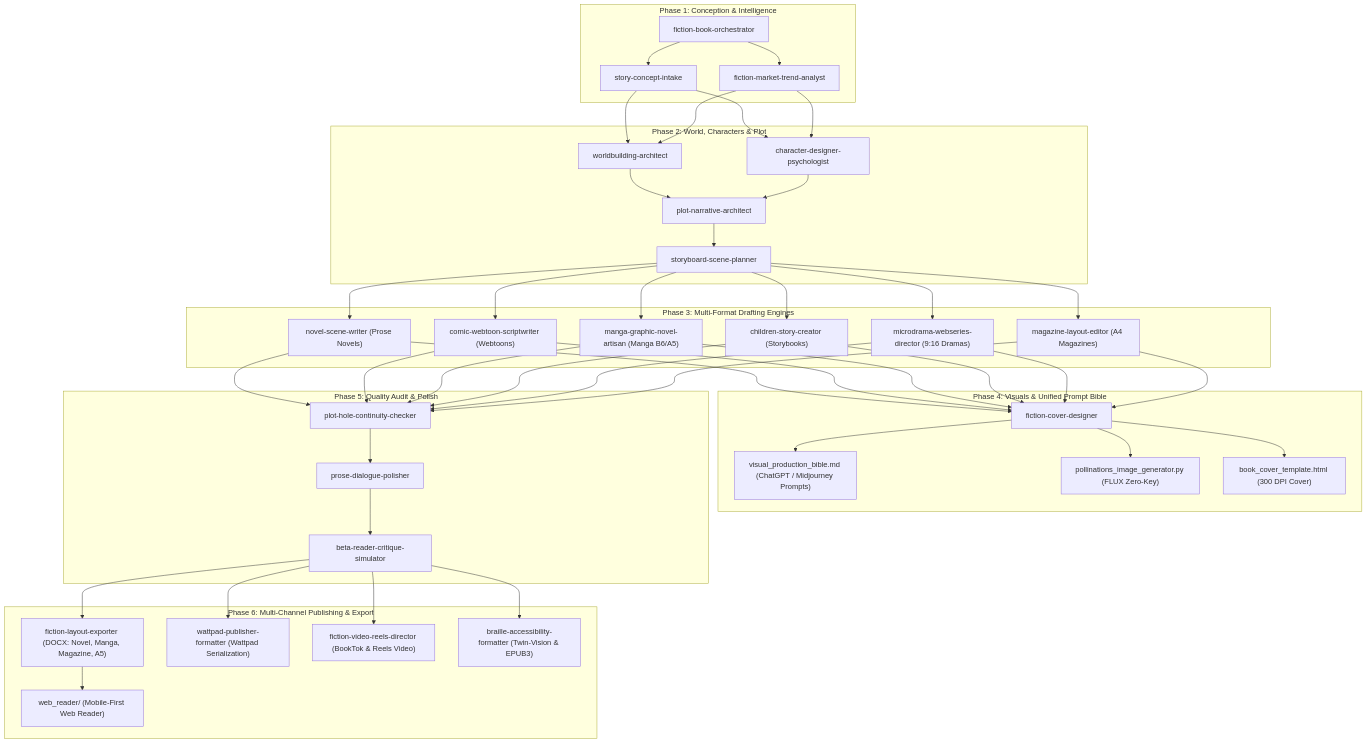
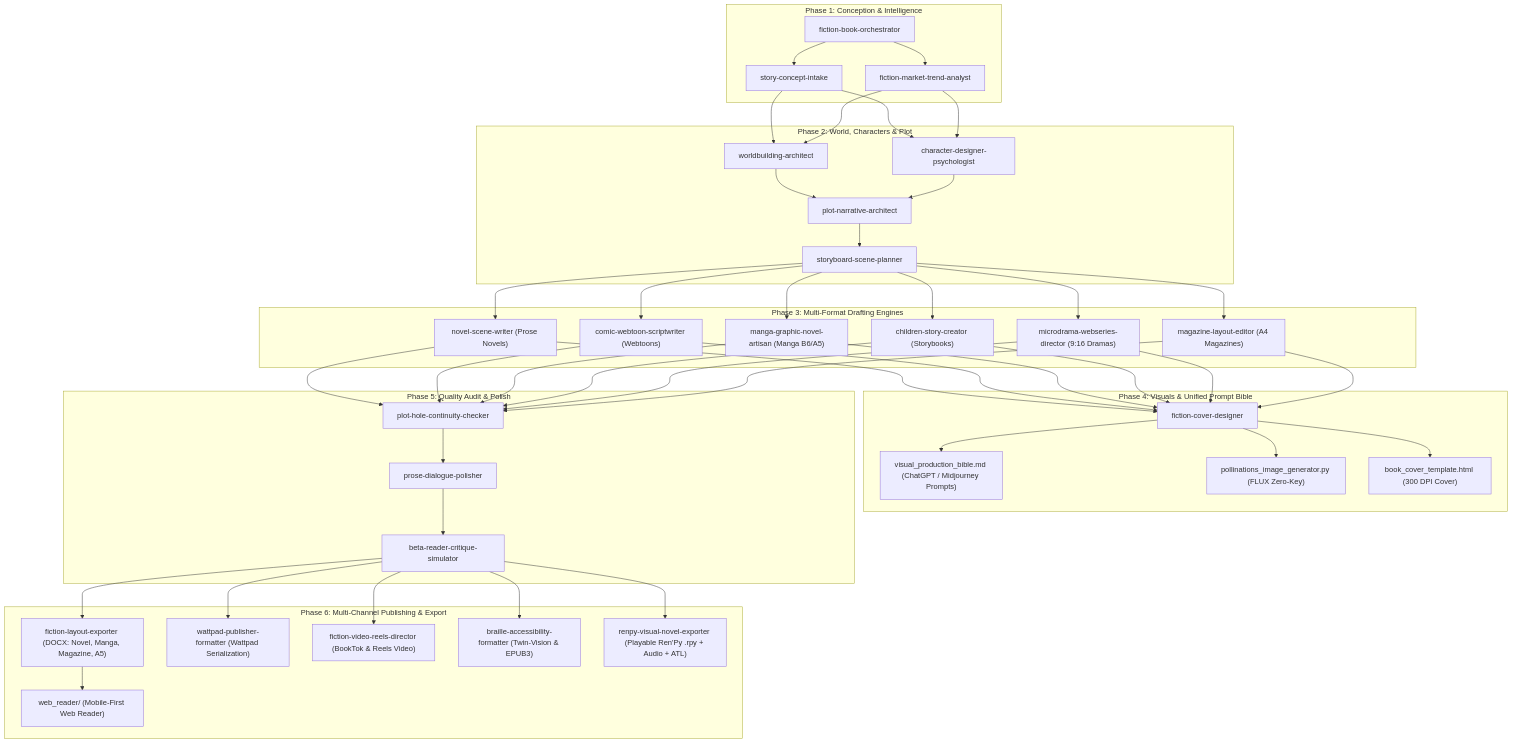
Before and after one commit to lensetek/Fiction-book-agent-skills: the first of 2 diagrams in README.md, drawn with Mermaid. The commit also changed other lines of this file and 4 other files, not shown here.

Commit message:
feat(renpy): add renpy-visual-novel-exporter skill, python helper, global AI agent install prompts, and landing page updates (v1.9.0)

````diff
--- a/README.md
+++ b/README.md
@@ -36,44 +48,45 @@
 ```mermaid
 flowchart TD
     subgraph Intake ["Phase 1: Conception & Intelligence"]
         A["fiction-book-orchestrator"] --> B["story-concept-intake"]
         A --> C["fiction-market-trend-analyst"]
     end
 
     subgraph Architecture ["Phase 2: World, Characters & Plot"]
         B & C --> D["worldbuilding-architect"]
         B & C --> E["character-designer-psychologist"]
         D & E --> F["plot-narrative-architect"]
         F --> G["storyboard-scene-planner"]
     end
 
     subgraph Drafting ["Phase 3: Multi-Format Drafting Engines"]
         G --> H1["novel-scene-writer (Prose Novels)"]
         G --> H2["comic-webtoon-scriptwriter (Webtoons)"]
         G --> H3["manga-graphic-novel-artisan (Manga B6/A5)"]
         G --> H4["children-story-creator (Storybooks)"]
         G --> H5["microdrama-webseries-director (9:16 Dramas)"]
         G --> H6["magazine-layout-editor (A4 Magazines)"]
     end
 
     subgraph Visuals ["Phase 4: Visuals & Unified Prompt Bible"]
         H1 & H2 & H3 & H4 & H5 & H6 --> I["fiction-cover-designer"]
         I --> J["visual_production_bible.md (ChatGPT / Midjourney Prompts)"]
         I --> K["pollinations_image_generator.py (FLUX Zero-Key)"]
         I --> L["book_cover_template.html (300 DPI Cover)"]
     end
 
     subgraph Refinement ["Phase 5: Quality Audit & Polish"]
         H1 & H2 & H3 & H4 & H5 & H6 --> M["plot-hole-continuity-checker"]
         M --> N["prose-dialogue-polisher"]
         N --> O["beta-reader-critique-simulator"]
     end
 
     subgraph Distribution ["Phase 6: Multi-Channel Publishing & Export"]
         O --> P1["fiction-layout-exporter (DOCX: Novel, Manga, Magazine, A5)"]
         O --> P2["wattpad-publisher-formatter (Wattpad Serialization)"]
         O --> P3["fiction-video-reels-director (BookTok & Reels Video)"]
         O --> P4["braille-accessibility-formatter (Twin-Vision & EPUB3)"]
+        O --> P5["renpy-visual-novel-exporter (Playable Ren'Py .rpy + Audio + ATL)"]
         P1 --> Q["web_reader/ (Mobile-First Web Reader)"]
     end
 ```
````
